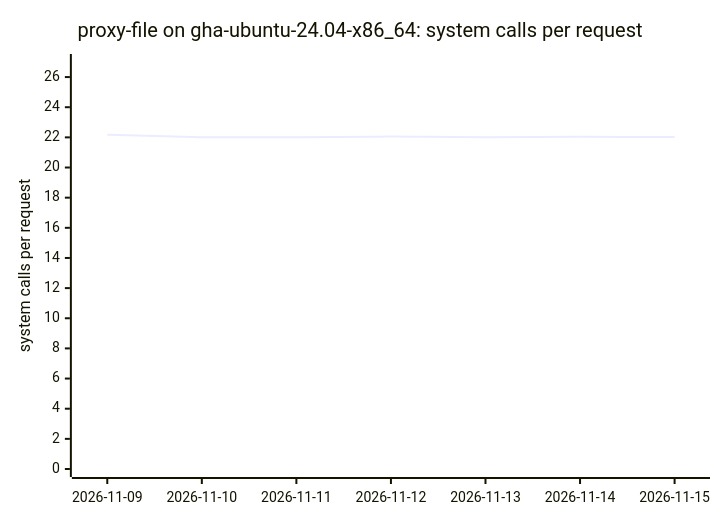
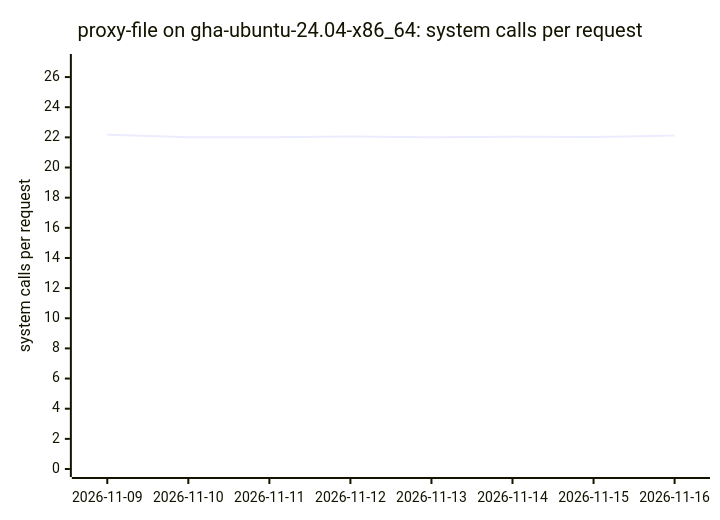
Diagram 16 of 18 in BENCHMARKS.md (ThePixelPilgrim/durchlauferhitzer), drawn with Mermaid before and after one commit. The commit also changed other lines of this file and 1 other file, not shown here.

````diff
--- a/BENCHMARKS.md
+++ b/BENCHMARKS.md
@@ -178,7 +178,7 @@
 ```mermaid
 xychart-beta
   title "proxy-file on gha-ubuntu-24.04-x86_64: system calls per request"
-  x-axis ["2026-11-09", "2026-11-10", "2026-11-11", "2026-11-12", "2026-11-13", "2026-11-14", "2026-11-15"]
+  x-axis ["2026-11-09", "2026-11-10", "2026-11-11", "2026-11-12", "2026-11-13", "2026-11-14", "2026-11-15", "2026-11-16"]
   y-axis "system calls per request" 0 --> 27
-  line [22.18, 22.00, 22.00, 22.06, 22.01, 22.04, 22.02]
+  line [22.18, 22.00, 22.00, 22.06, 22.01, 22.04, 22.02, 22.12]
 ```
````
